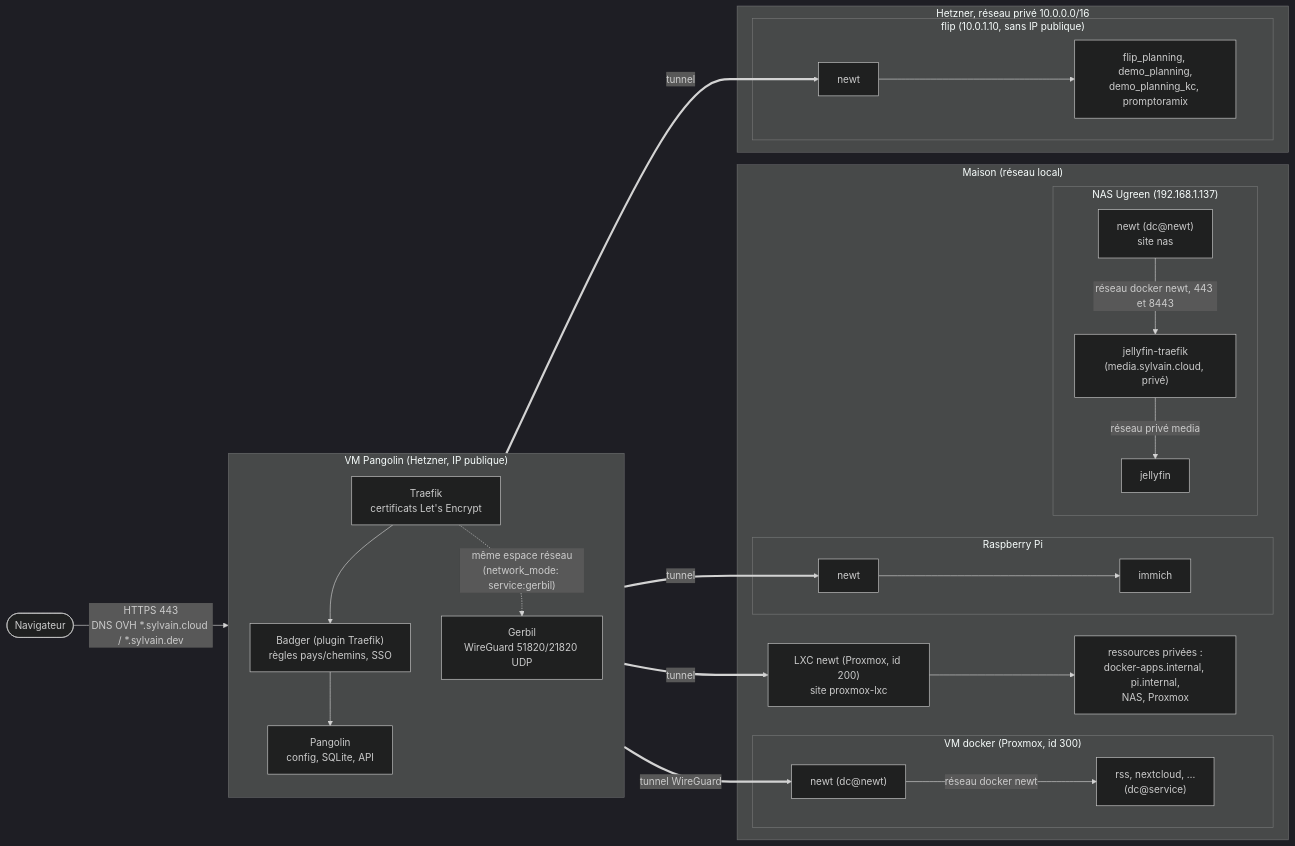
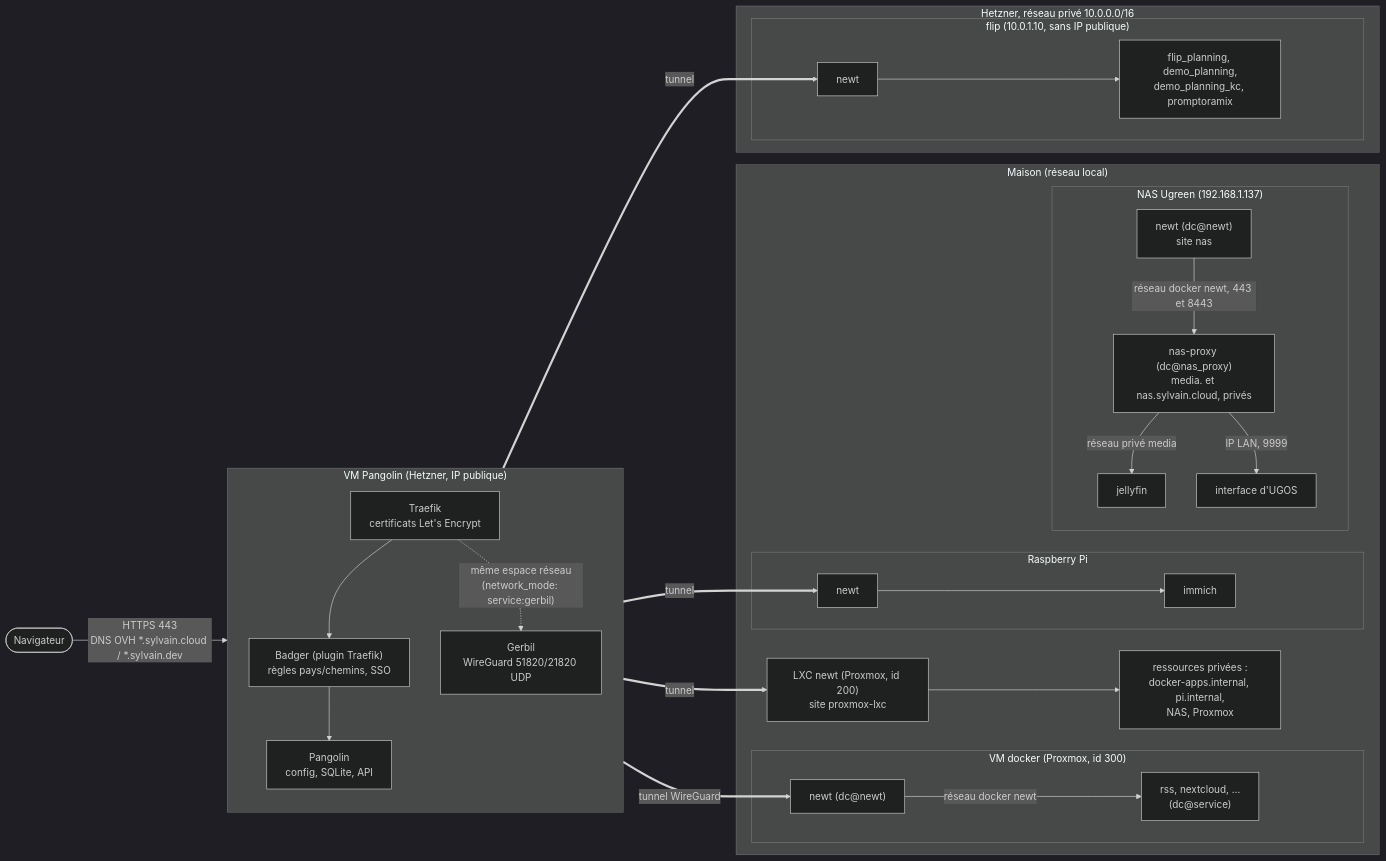
One commit to sylvainmetayer/homelab changed the first of 4 diagrams in docs/architecture.md. Above: the diagram before and after it, drawn with Mermaid (dark theme). The commit also changed other lines of this file and 26 other files, not shown here.

First line of the commit message:
feat(nas_proxy): Traefik du NAS en rôle propre, nas.sylvain.cloud vers l'UI d'UGOS

````diff
--- a/docs/architecture.md
+++ b/docs/architecture.md
@@ -9,39 +9,40 @@
 ```mermaid
 flowchart LR
   user([Navigateur]) -- "HTTPS 443<br/>DNS OVH *.sylvain.cloud / *.sylvain.dev" --> traefik
 
   subgraph pangolin_vm["VM Pangolin (Hetzner, IP publique)"]
     direction TB
     traefik["Traefik<br/>certificats Let's Encrypt"]
     badger["Badger (plugin Traefik)<br/>règles pays/chemins, SSO"]
     pangolin_app["Pangolin<br/>config, SQLite, API"]
     gerbil["Gerbil<br/>WireGuard 51820/21820 UDP"]
     traefik --> badger --> pangolin_app
     traefik -. "même espace réseau<br/>(network_mode: service:gerbil)" .-> gerbil
   end
 
   gerbil == "tunnel WireGuard" ==> newt_docker
   gerbil == tunnel ==> newt_pi
   gerbil == tunnel ==> newt_flip
   gerbil == tunnel ==> newt_lxc
 
   subgraph home["Maison (réseau local)"]
     subgraph docker_vm["VM docker (Proxmox, id 300)"]
       newt_docker["newt (dc@newt)"] -- "réseau docker newt" --> app1["rss, nextcloud, …<br/>(dc@service)"]
     end
     subgraph pi["Raspberry Pi"]
       newt_pi[newt] --> immich[immich]
     end
     newt_lxc["LXC newt (Proxmox, id 200)<br/>site proxmox-lxc"] --> lan["ressources privées :<br/>docker-apps.internal, pi.internal,<br/>NAS, Proxmox"]
     subgraph nas["NAS Ugreen (192.168.1.137)"]
-      newt_nas["newt (dc@newt)<br/>site nas"] -- "réseau docker newt, 443 et 8443" --> traefik_nas["jellyfin-traefik<br/>(media.sylvain.cloud, privé)"]
+      newt_nas["newt (dc@newt)<br/>site nas"] -- "réseau docker newt, 443 et 8443" --> traefik_nas["nas-proxy (dc@nas_proxy)<br/>media. et nas.sylvain.cloud, privés"]
       traefik_nas -- "réseau privé media" --> jellyfin[jellyfin]
+      traefik_nas -- "IP LAN, 9999" --> ugos[interface d'UGOS]
     end
   end
 
   subgraph hetzner_priv["Hetzner, réseau privé 10.0.0.0/16"]
     subgraph flip["flip (10.0.1.10, sans IP publique)"]
       newt_flip[newt] --> fp["flip_planning, demo_planning,<br/>demo_planning_kc, promptoramix"]
     end
   end
 ```
````
